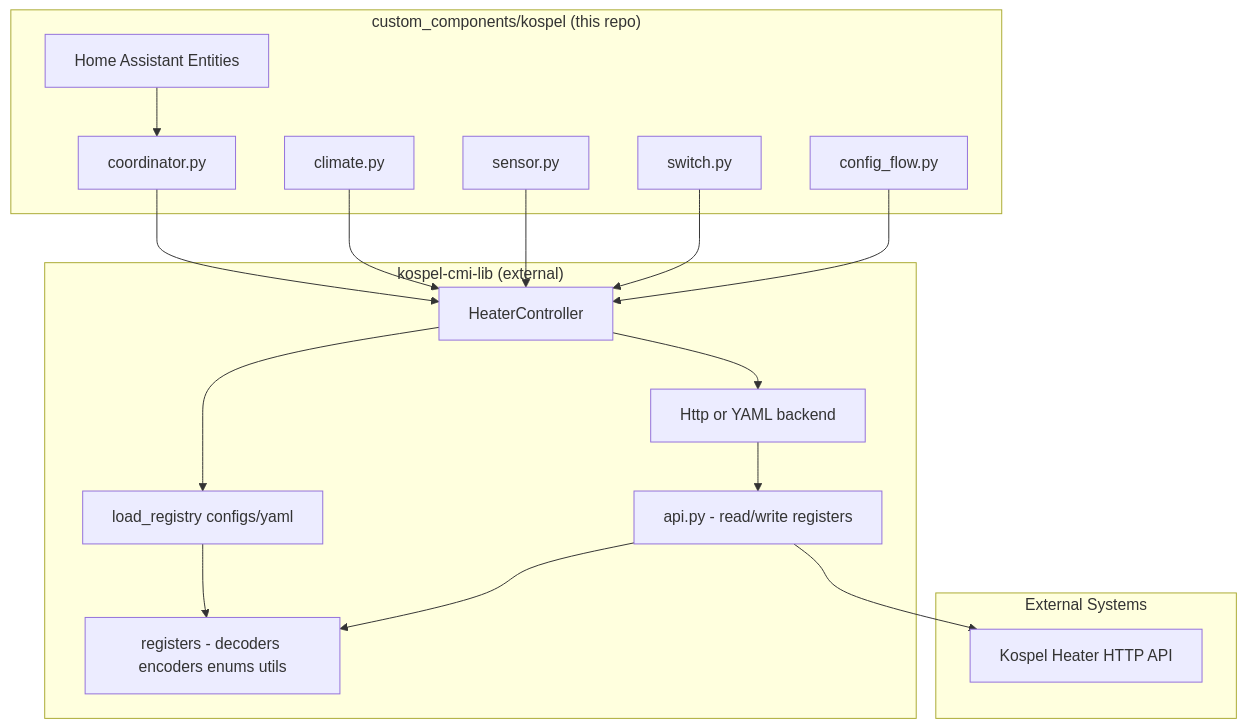
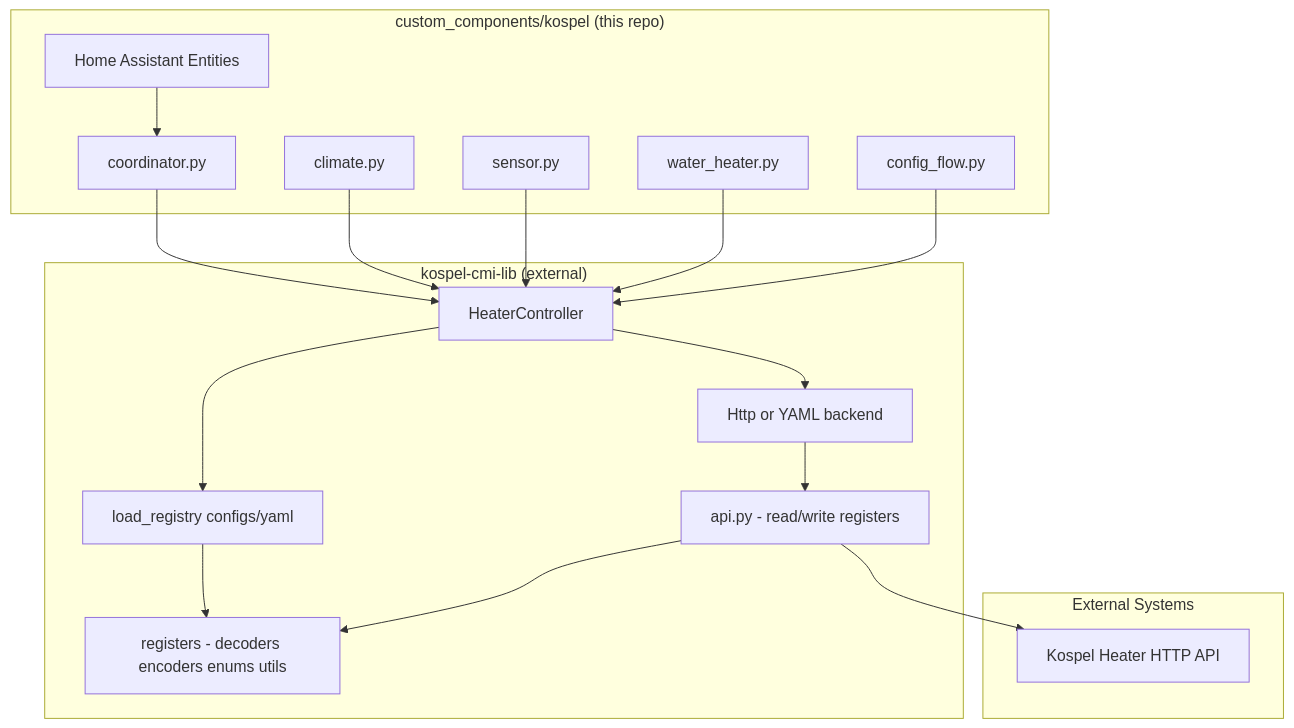
One commit to JanKrl/ha-kospel-cmi changed the diagram in docs/architecture.md. Above: the diagram before and after it, drawn with Mermaid. The commit also changed 18 other files, not shown here.

````diff
--- a/docs/architecture.md
+++ b/docs/architecture.md
@@ -5,38 +5,38 @@
 ```mermaid
 graph TB
     subgraph Integration["custom_components/kospel (this repo)"]
         HA[Home Assistant Entities]
         ConfigFlow[config_flow.py]
         Coordinator[coordinator.py]
         SensorEntity[sensor.py]
         ClimateEntity[climate.py]
-        SwitchEntity[switch.py]
+        WaterHeaterEntity[water_heater.py]
     end
 
     subgraph Library["kospel-cmi-lib (external)"]
         HeaterController[HeaterController]
         Backend[Http or YAML backend]
         Registry[load_registry configs/yaml]
         API[api.py - read/write registers]
         Registers[registers - decoders encoders enums utils]
     end
 
     subgraph External["External Systems"]
         HeaterAPI[Kospel Heater HTTP API]
     end
 
     HA --> Coordinator
     Coordinator --> HeaterController
     ClimateEntity --> HeaterController
     SensorEntity --> HeaterController
-    SwitchEntity --> HeaterController
+    WaterHeaterEntity --> HeaterController
     ConfigFlow --> HeaterController
 
     HeaterController --> Backend
     HeaterController --> Registry
     Backend --> API
     Registry --> Registers
     API --> Registers
 
     API --> HeaterAPI
 ```
````
